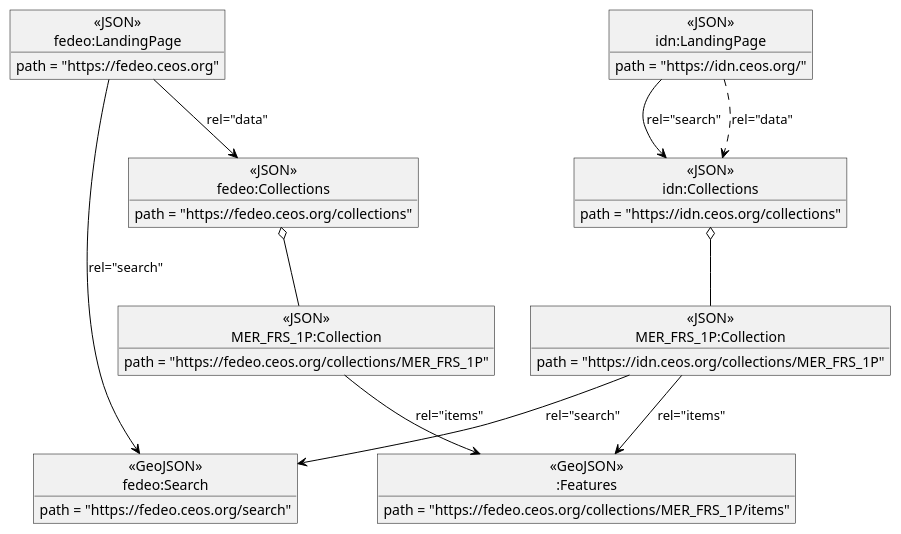
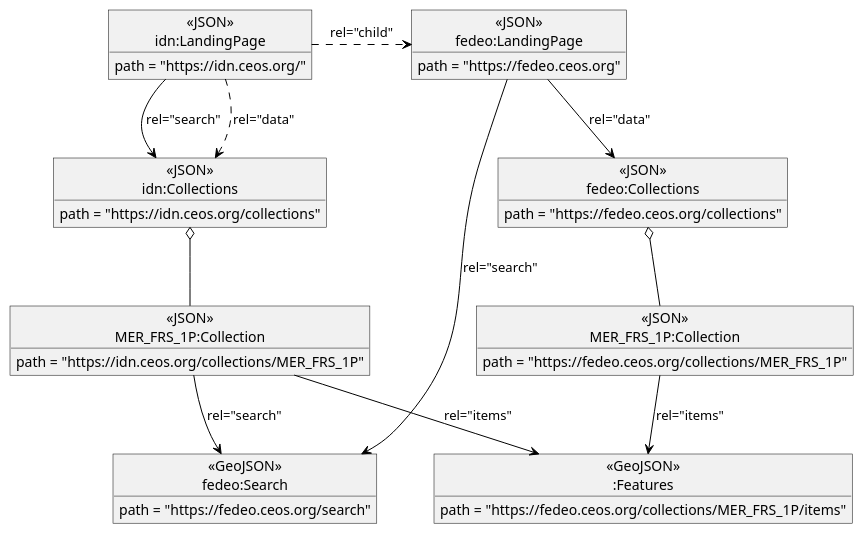
One commit to littleidiot40/stac-federated-search changed the diagram in figures/federation.puml. Above: the diagram before and after it, drawn with PlantUML. The commit also changed 1 other file, not shown here.

Commit message:
Updated federation diagram
Optional rel="child" link added.

```diff
--- a/figures/federation.puml
+++ b/figures/federation.puml
@@ -1,78 +1,78 @@
 @startuml
 
 ' Figure 20
 
 skinparam componentStyle uml2
 skinparam ArrowColor Black
 skinparam ClassBorderColor Black
 skinparam ComponentBorderColor Black
 skinparam ObjectBorderColor Black
 
 hide circle
 ' hide <<Resource>> circle
 show <<GeoJSON>> circle
 
 
 
 
 object "<<JSON>>\nidn:LandingPage" as federating_ldp {
    path = "https://idn.ceos.org/"
 }
 
 
 
 object "<<JSON>>\nidn:Collections" as federating_collections {
    path = "https://idn.ceos.org/collections"
 }
 
 federating_ldp ..> federating_collections : "rel="data""
 
 object "<<JSON>>\nfedeo:LandingPage" as federated_ldp {
    path = "https://fedeo.ceos.org"
 }
 
 object "<<JSON>>\nfedeo:Collections" as federated_collections {
   path = "https://fedeo.ceos.org/collections"
 }
 
 object "<<GeoJSON>>\nfedeo:Search" as federated_search {
    path = "https://fedeo.ceos.org/search"
 }
 
 federated_ldp --> federated_collections : "rel="data""
 federated_ldp --> federated_search : "rel="search""
 
 federating_ldp --> federating_collections : "rel="search""
 
-
+federating_ldp .right.> federated_ldp : "rel="child""
 
 
 object "<<JSON>>\nMER_FRS_1P:Collection" as MER_FRS_1P {
       path = "https://fedeo.ceos.org/collections/MER_FRS_1P"
 }
 
 object "<<JSON>>\nMER_FRS_1P:Collection" as MER_FRS_1P_federating {
       path = "https://idn.ceos.org/collections/MER_FRS_1P"
 }
 
 
 object "<<GeoJSON>>\n:Features" as federated_items {
   path = "https://fedeo.ceos.org/collections/MER_FRS_1P/items"
 }
 
 federated_collections o-down- MER_FRS_1P
 
 federating_collections o-down- MER_FRS_1P_federating
 
 
 MER_FRS_1P --> federated_items : "rel="items""
 
 MER_FRS_1P_federating --> federated_items : "rel="items""
 
 MER_FRS_1P_federating --> federated_search : "rel="search""
 
 
 
 
 
 @enduml
```
